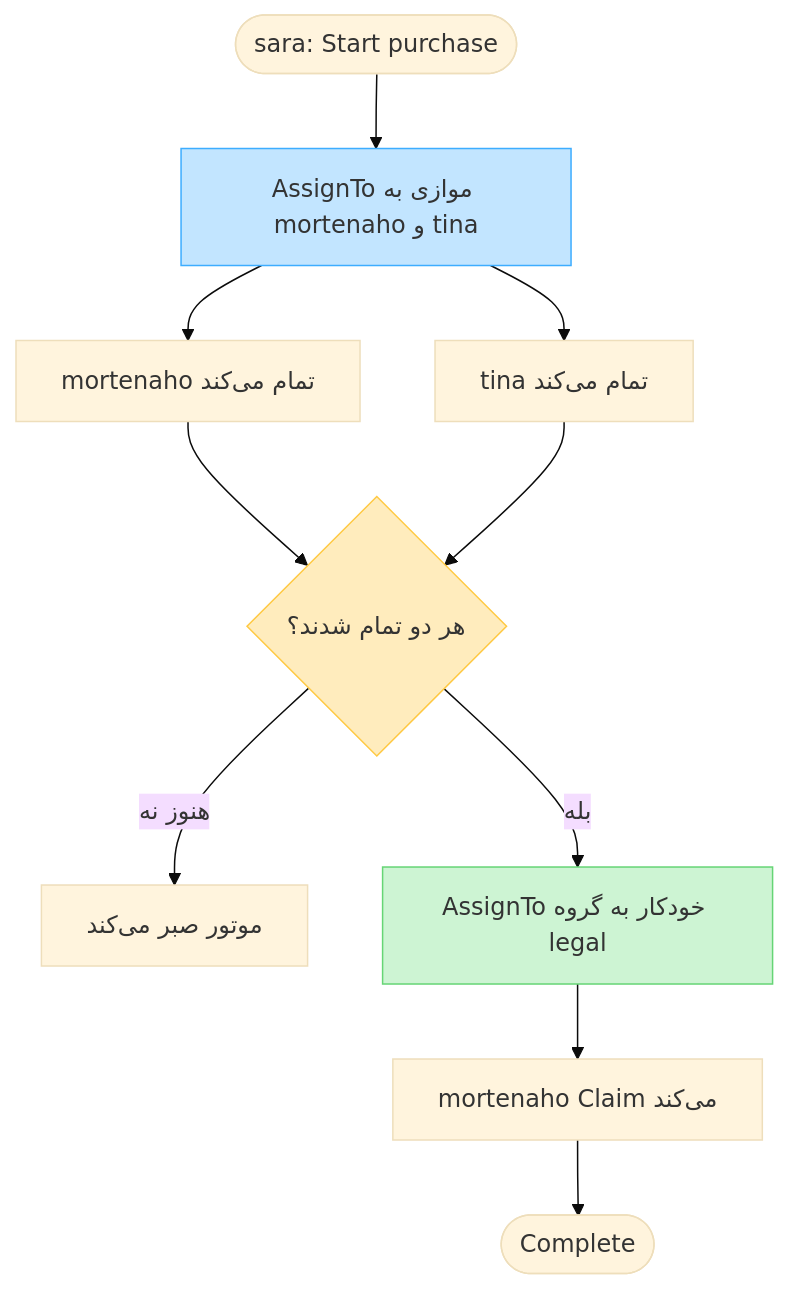
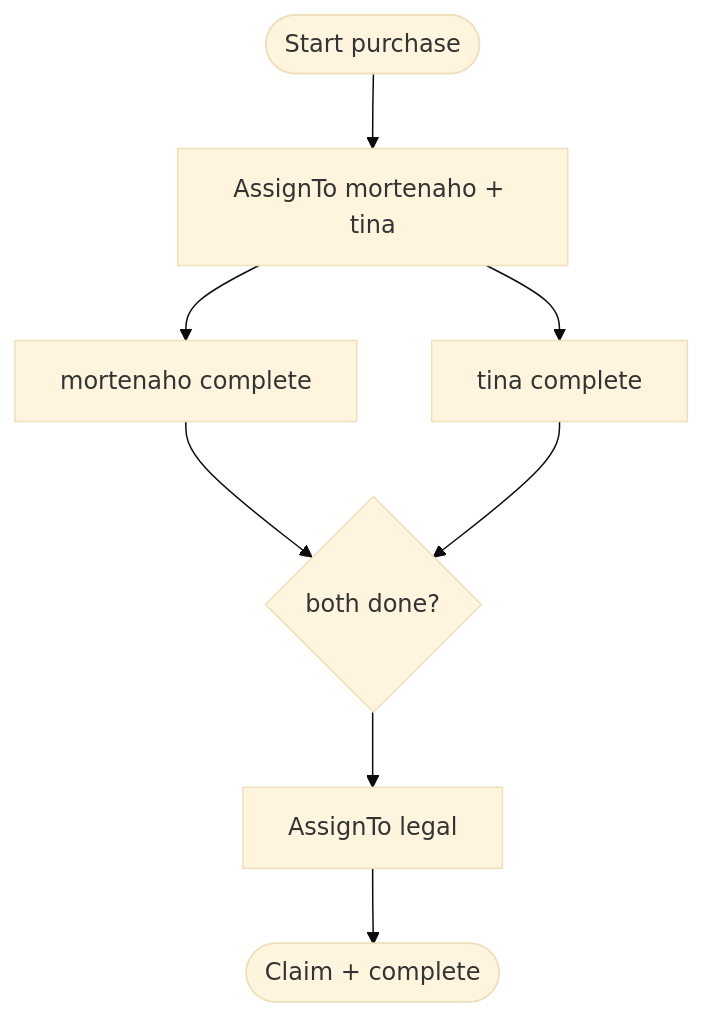
The diagram in examples/README.md (mortenaho/WorkFlowEngine), drawn with Mermaid (base theme) before and after one commit. The commit also changed other lines of this file and 8 other files, not shown here.

````diff
--- a/examples/README.md
+++ b/examples/README.md
@@ -24,16 +22,10 @@
 ```mermaid
 flowchart TD
-    start([sara: Start purchase]) --> parallel["AssignTo موازی به mortenaho و tina"]
-    parallel --> a[mortenaho تمام می‌کند]
-    parallel --> b[tina تمام می‌کند]
-    a --> gate{هر دو تمام شدند؟}
+    start([Start purchase]) --> parallel[AssignTo mortenaho + tina]
+    parallel --> a[mortenaho complete]
+    parallel --> b[tina complete]
+    a --> gate{both done?}
     b --> gate
-    gate -->|"هنوز نه"| wait[موتور صبر می‌کند]
-    gate -->|"بله"| legal["AssignTo خودکار به گروه legal"]
-    legal --> claim[mortenaho Claim می‌کند]
-    claim --> done([Complete])
-
-    style parallel fill:#C2E5FF,stroke:#3DADFF
-    style gate fill:#FFECBD,stroke:#FFC943
-    style legal fill:#CDF4D3,stroke:#66D575
+    gate --> legal[AssignTo legal]
+    legal --> done([Claim + complete])
 ```
````
